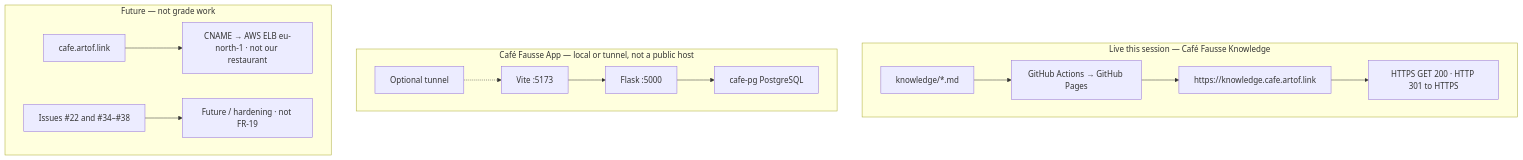
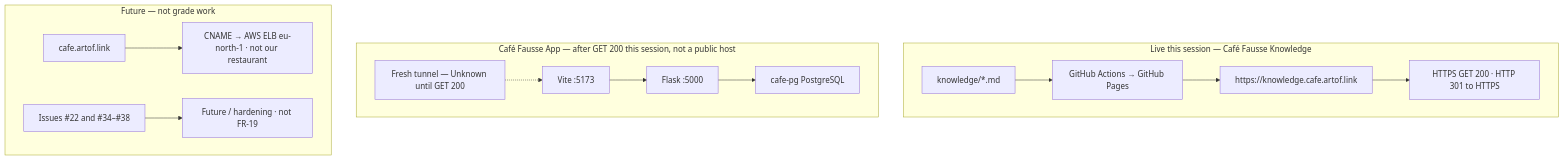
Before and after one commit to artofdream/aea-interactive-design: the diagram in knowledge/friday-plan.md, drawn with Mermaid. The commit also changed other lines of this file and 4 other files, not shown here.

First line of the commit message:
docs(knowledge): Friday remote honesty — Knowledge + clips until probed tunnel (#48)

````diff
--- a/knowledge/friday-plan.md
+++ b/knowledge/friday-plan.md
@@ -66,17 +69,17 @@
 ```mermaid
 flowchart TB
   subgraph LIVE["Live this session — Café Fausse Knowledge"]
     MD["knowledge/*.md"] --> BUILD["GitHub Actions → GitHub Pages"]
     BUILD --> KH["https://knowledge.cafe.artof.link"]
     KH --> OK["HTTPS GET 200 · HTTP 301 to HTTPS"]
   end
-  subgraph APP["Café Fausse App — local or tunnel, not a public host"]
+  subgraph APP["Café Fausse App — after GET 200 this session, not a public host"]
     VITE["Vite :5173"] --> FLASK["Flask :5000"]
     FLASK --> PG["cafe-pg PostgreSQL"]
-    TUN["Optional tunnel"] -.-> VITE
+    TUN["Fresh tunnel — Unknown until GET 200"] -.-> VITE
   end
   subgraph FUT["Future — not grade work"]
     CAFE["cafe.artof.link"] --> ELB["CNAME → AWS ELB eu-north-1 · not our restaurant"]
     FS["Issues #22 and #34–#38"] --> PARK["Future / hardening · not FR-19"]
   end
 ```
````
